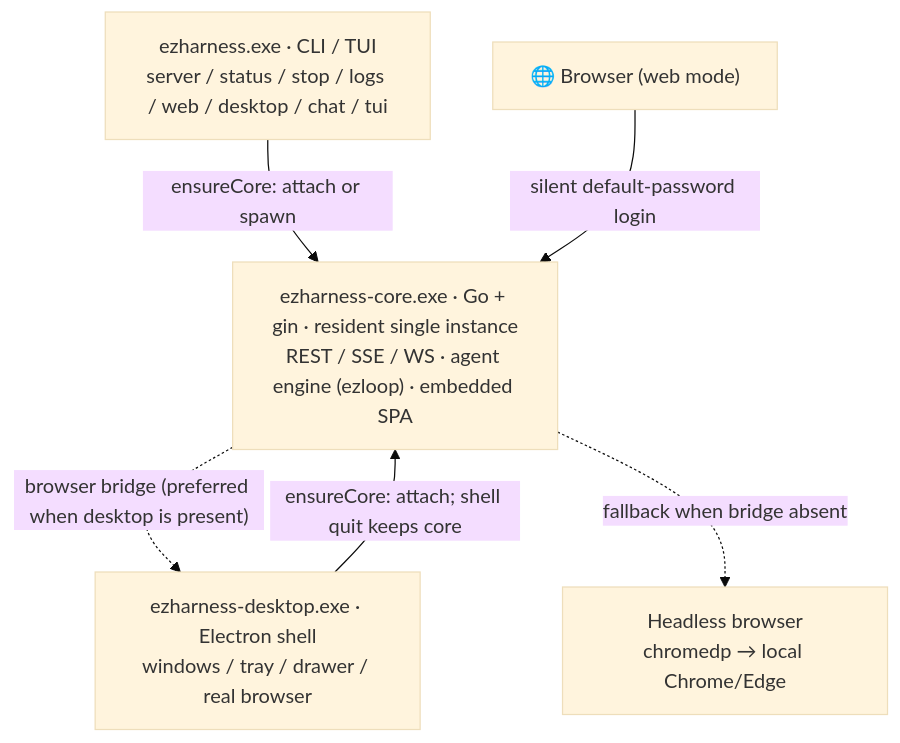
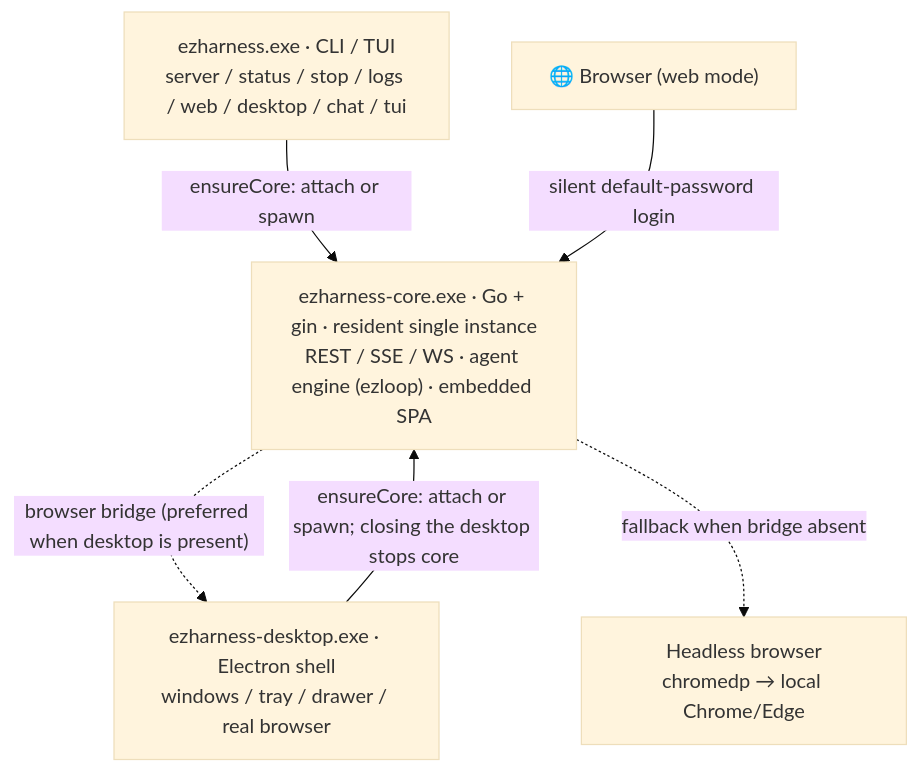
The diagram in README.en.md (xuanlv2002/ezharness), drawn with Mermaid (base theme) before and after one commit. The commit also changed other lines of this file and 5 other files, not shown here.

First line of the commit message:
feat(desktop): 关闭桌面端即停 core；dev 可直接拉起 Electron 桌面端

````diff
--- a/README.en.md
+++ b/README.en.md
@@ -105,13 +105,13 @@
 ```mermaid
 flowchart TB
     CLI["ezharness.exe · CLI / TUI<br/>server / status / stop / logs / web / desktop / chat / tui"]
     DESK["ezharness-desktop.exe · Electron shell<br/>windows / tray / drawer / real browser"]
     WEB["🌐 Browser (web mode)"]
     CORE["ezharness-core.exe · Go + gin · resident single instance<br/>REST / SSE / WS · agent engine (ezloop) · embedded SPA"]
     HE["Headless browser<br/>chromedp → local Chrome/Edge"]
     CLI -- "ensureCore: attach or spawn" --> CORE
-    DESK -- "ensureCore: attach; shell quit keeps core" --> CORE
+    DESK -- "ensureCore: attach or spawn; closing the desktop stops core" --> CORE
     WEB -- "silent default-password login" --> CORE
     CORE -. "browser bridge (preferred when desktop is present)" .-> DESK
     CORE -. "fallback when bridge absent" .-> HE
 ```
````
